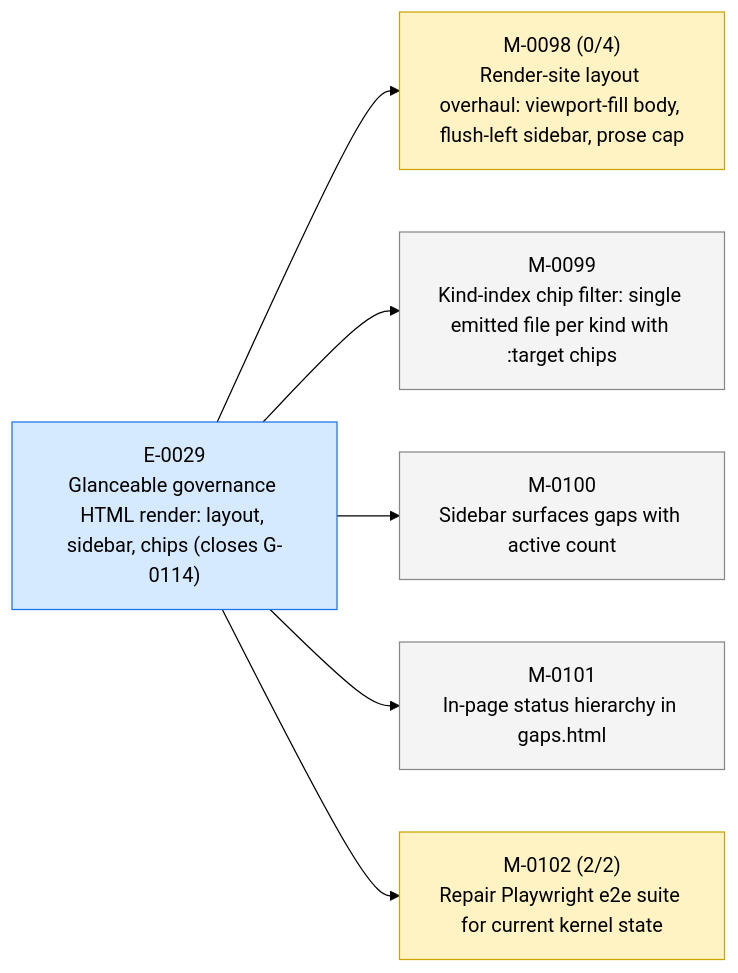
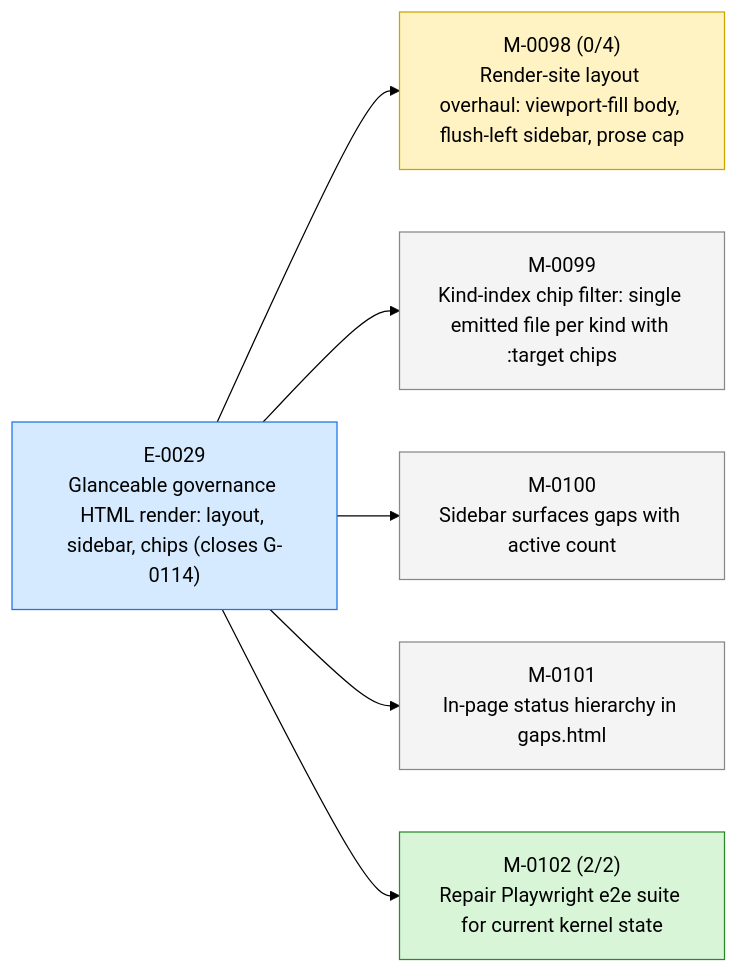
The first of 3 diagrams in STATUS.md (23min/aiwf), drawn with Mermaid (forest theme) before and after one commit. The commit also changed other lines of this file and 1 other file, not shown here.

First line of the commit message:
aiwf promote M-0102 in_progress -> done

````diff
--- a/STATUS.md
+++ b/STATUS.md
@@ -17,20 +17,20 @@
 ```mermaid
 flowchart LR
   E_0029["E-0029<br/>Glanceable governance HTML render: layout, sidebar, chips (closes G-0114)"]:::epic_active
   M_0098["M-0098 (0/4)<br/>Render-site layout overhaul: viewport-fill body, flush-left sidebar, prose cap"]:::ms_in_progress
   E_0029 --> M_0098
   M_0099["M-0099<br/>Kind-index chip filter: single emitted file per kind with :target chips"]:::ms_draft
   E_0029 --> M_0099
   M_0100["M-0100<br/>Sidebar surfaces gaps with active count"]:::ms_draft
   E_0029 --> M_0100
   M_0101["M-0101<br/>In-page status hierarchy in gaps.html"]:::ms_draft
   E_0029 --> M_0101
-  M_0102["M-0102 (2/2)<br/>Repair Playwright e2e suite for current kernel state"]:::ms_in_progress
+  M_0102["M-0102 (2/2)<br/>Repair Playwright e2e suite for current kernel state"]:::ms_done
   E_0029 --> M_0102
   classDef epic_active fill:#d6eaff,stroke:#1a73e8,color:#000
   classDef epic_proposed fill:#f4f4f4,stroke:#888,color:#000
   classDef ms_done fill:#d8f5d8,stroke:#2a8a2a,color:#000
   classDef ms_in_progress fill:#fff3c4,stroke:#caa400,color:#000
   classDef ms_draft fill:#f4f4f4,stroke:#888,color:#000
   classDef ms_cancelled fill:#fbeaea,stroke:#c33,color:#000
 ```
````
